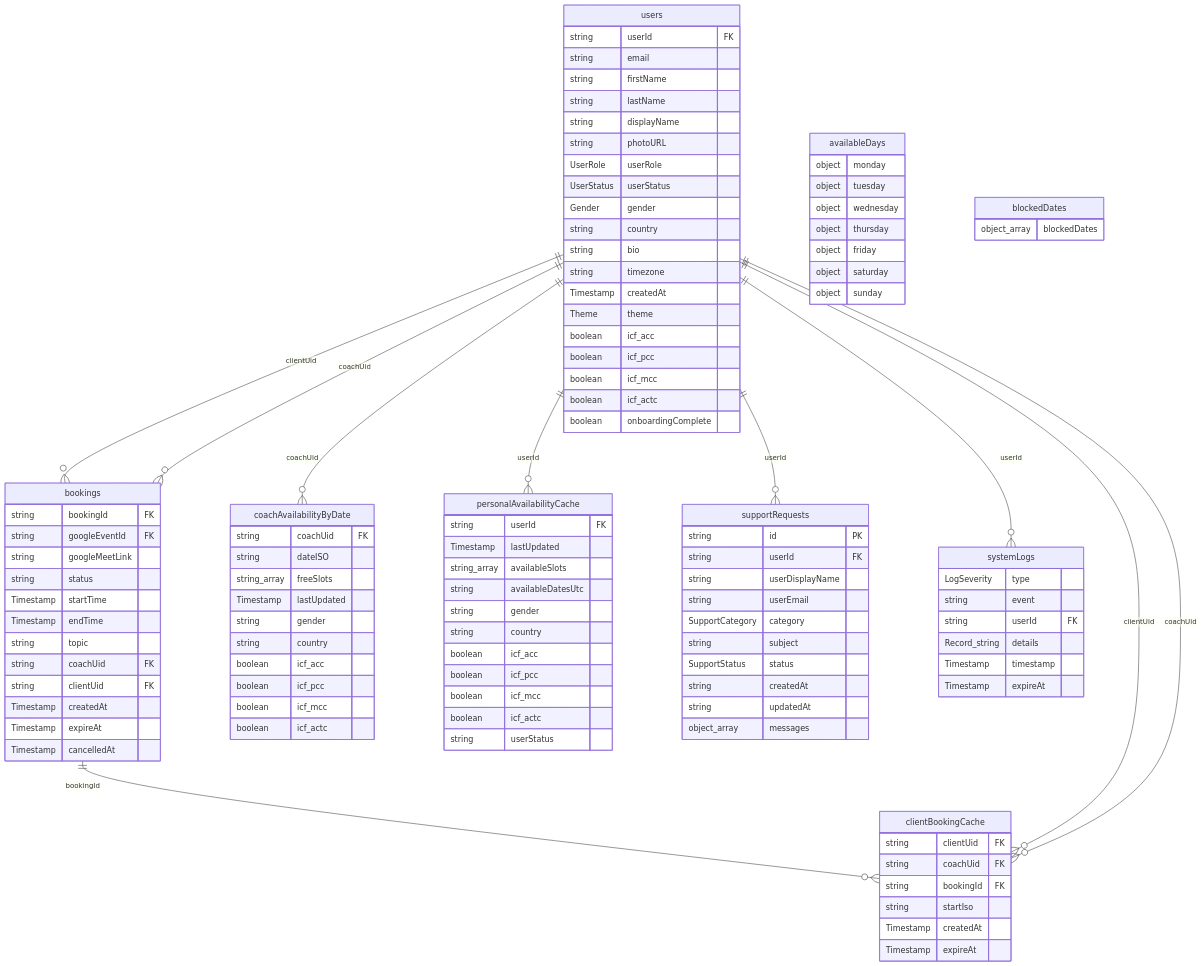
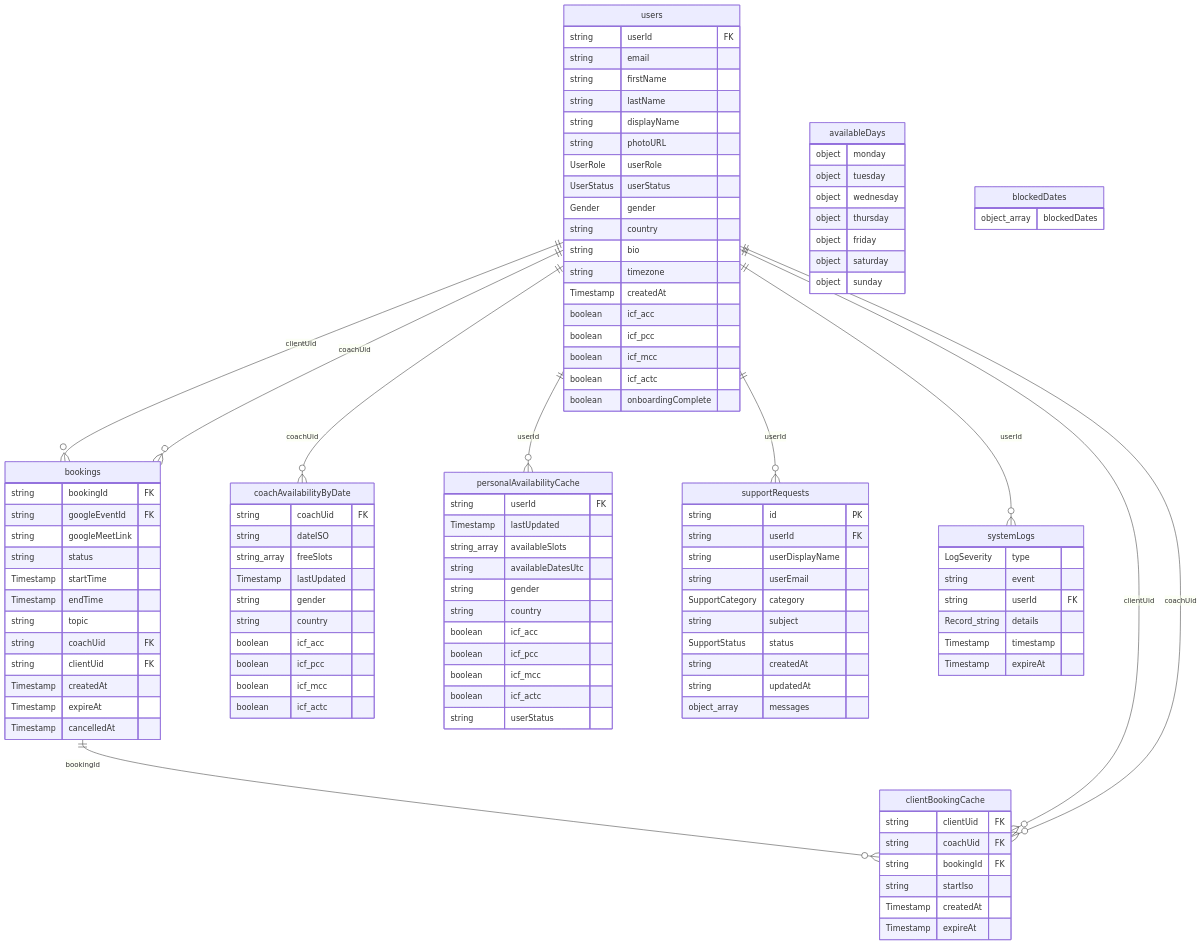
Before and after one commit to premkumar-masilamani/peer-coaching-network: the diagram in docs/schema-erd.md, drawn with Mermaid. The commit also changed other lines of this file and 31 other files, not shown here.

```diff
--- a/docs/schema-erd.md
+++ b/docs/schema-erd.md
@@ -121,7 +121,6 @@
         string bio
         string timezone
         Timestamp createdAt
-        Theme theme
         boolean icf_acc
         boolean icf_pcc
         boolean icf_mcc
```
